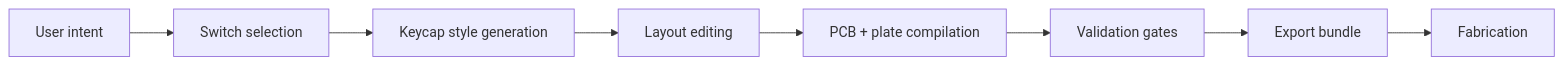
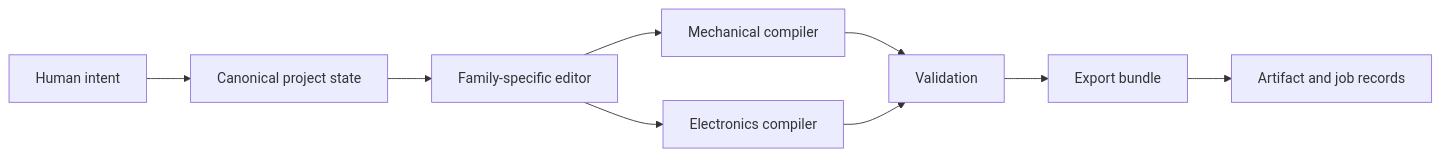
The diagram in README.md (Parthawe/BreakGen), drawn with Mermaid before and after one commit. The commit also changed other lines of this file and 76 other files, not shown here.

````diff
--- a/README.md
+++ b/README.md
@@ -54,10 +106,11 @@
 ```mermaid
 flowchart LR
-    A["User intent"] --> B["Switch selection"]
-    B --> C["Keycap style generation"]
-    C --> D["Layout editing"]
-    D --> E["PCB + plate compilation"]
-    E --> F["Validation gates"]
+    A["Human intent"] --> B["Canonical project state"]
+    B --> C["Family-specific editor"]
+    C --> D["Mechanical compiler"]
+    C --> E["Electronics compiler"]
+    D --> F["Validation"]
+    E --> F
     F --> G["Export bundle"]
-    G --> H["Fabrication"]
+    G --> H["Artifact and job records"]
 ```
````
